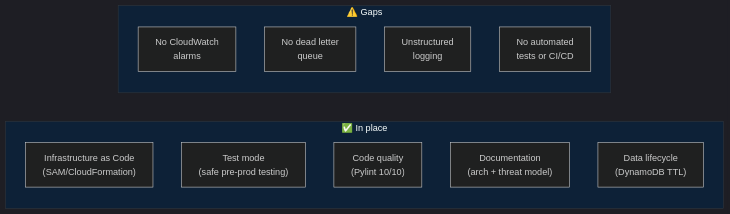
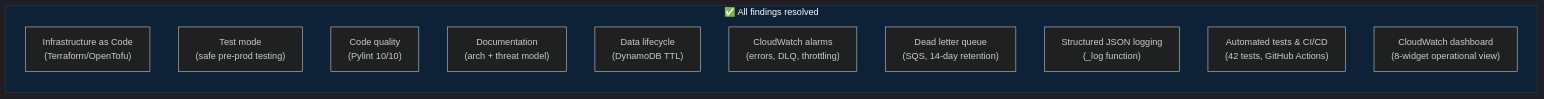
One commit to baldrickuk/washingmachine-notifications changed the second of 6 diagrams in docs/well-architected-review.md. Above: the diagram before and after it, drawn with Mermaid.

Commit message:
docs: update OE findings diagram to reflect resolved gaps
All six findings (CloudWatch alarms, DLQ, structured logging, automated tests/CI/CD, and dashboard) have been implemented. Updated diagram from 'before/after' gap format to 'all resolved' state.

https://claude.ai/code/session_01G5W8LaN9qitKHJR1azUAVC

````diff
--- a/docs/well-architected-review.md
+++ b/docs/well-architected-review.md
@@ -76,19 +76,17 @@
 ```mermaid
 %%{init: {'theme': 'dark', 'themeVariables': {'primaryColor': '#1e3a5f', 'primaryTextColor': '#c9d1d9', 'primaryBorderColor': '#4a7ab5', 'lineColor': '#58a6ff', 'edgeLabelBackground': '#0d1117', 'clusterBkg': '#0d2137', 'clusterBorder': '#30363d'}}}%%
 
 flowchart LR
-    subgraph good ["✅ In place"]
-        A["Infrastructure as Code\n(SAM/CloudFormation)"]
+    subgraph good ["✅ All findings resolved"]
+        A["Infrastructure as Code\n(Terraform/OpenTofu)"]
         B["Test mode\n(safe pre-prod testing)"]
         C["Code quality\n(Pylint 10/10)"]
         D["Documentation\n(arch + threat model)"]
         E["Data lifecycle\n(DynamoDB TTL)"]
-    end
-
-    subgraph gaps ["⚠️ Gaps"]
-        F["No CloudWatch\nalarms"]
-        G["No dead letter\nqueue"]
-        H["Unstructured\nlogging"]
-        I["No automated\ntests or CI/CD"]
+        F["CloudWatch alarms\n(errors, DLQ, throttling)"]
+        G["Dead letter queue\n(SQS, 14-day retention)"]
+        H["Structured JSON logging\n(_log function)"]
+        I["Automated tests & CI/CD\n(42 tests, GitHub Actions)"]
+        J["CloudWatch dashboard\n(8-widget operational view)"]
     end
 ```
````
